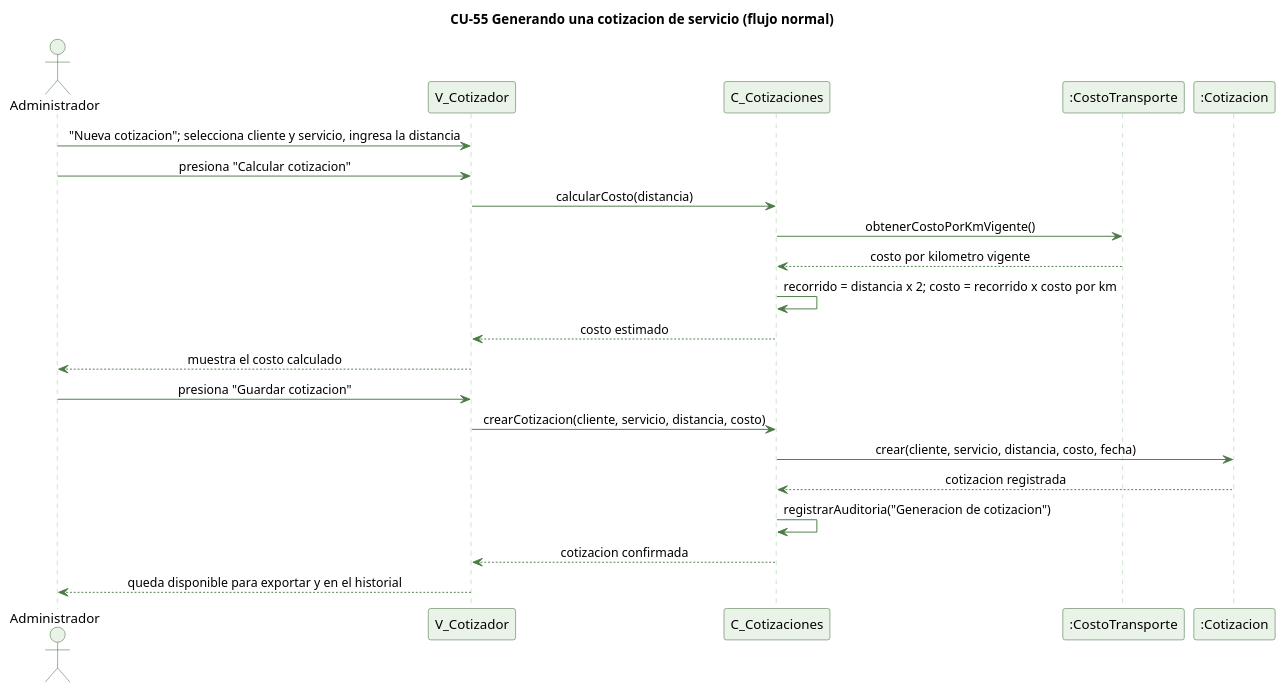
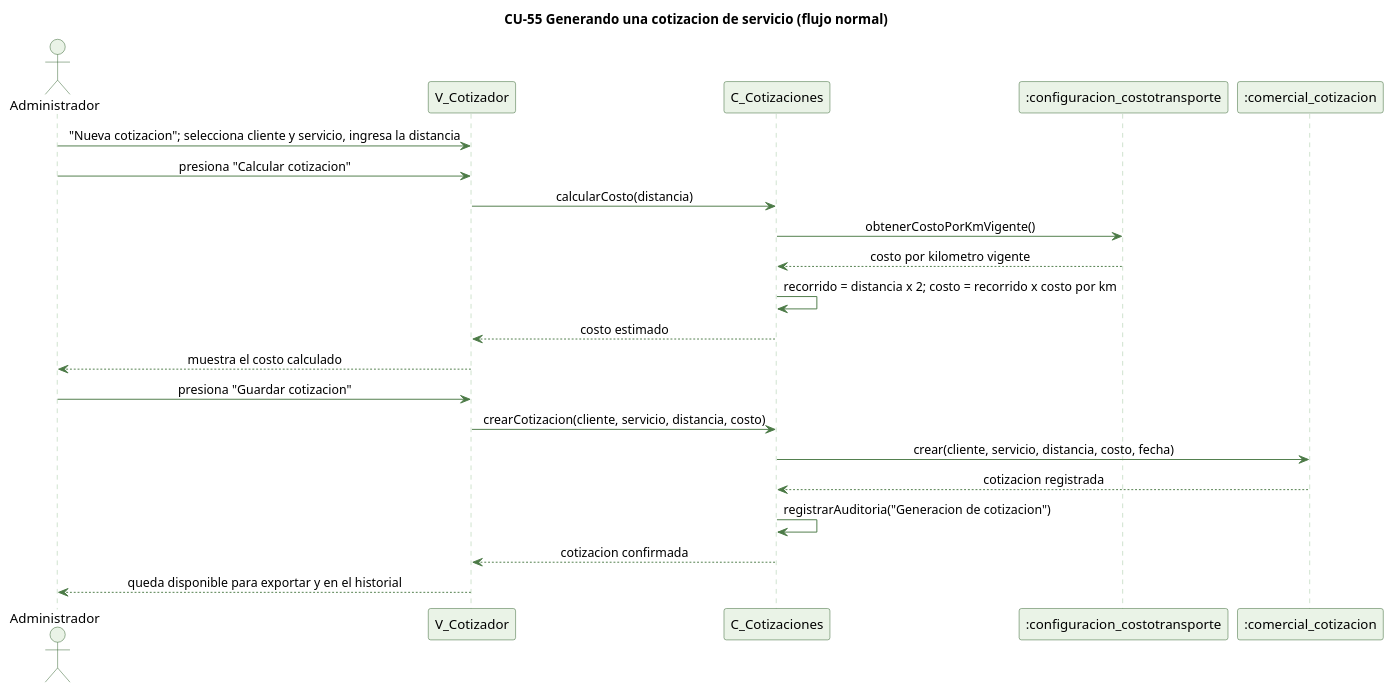
The diagram in docs/trabajo-grupal/diagramas/secuencias/cu55-cotizacion-normal.puml (kenjikaese/Triverde), drawn with PlantUML before and after one commit. The commit also changed 83 other files, not shown here.

First line of the commit message:
docs(secuencias): diagramas CU-65 a CU-68 y tablas reales en el Modulo 8

```diff
--- a/docs/trabajo-grupal/diagramas/secuencias/cu55-cotizacion-normal.puml
+++ b/docs/trabajo-grupal/diagramas/secuencias/cu55-cotizacion-normal.puml
@@ -1,38 +1,38 @@
 @startuml cu55-cotizacion-normal
 ' CU-55 Generando una cotizacion de servicio - flujo normal
 skinparam backgroundColor #FFFFFF
 skinparam shadowing false
 skinparam defaultFontName Helvetica
 skinparam sequenceMessageAlign center
 skinparam ParticipantBackgroundColor #EAF3E7
 skinparam ParticipantBorderColor #2E5E2A
 skinparam ActorBackgroundColor #EAF3E7
 skinparam ActorBorderColor #2E5E2A
 skinparam sequenceLifeLineBorderColor #9CC49A
 skinparam ArrowColor #4B7A46
 
 title CU-55 Generando una cotizacion de servicio (flujo normal)
 
 actor Administrador
 participant "V_Cotizador" as V
 participant "C_Cotizaciones" as C
-participant ":CostoTransporte" as CT
-participant ":Cotizacion" as COT
+participant ":configuracion_costotransporte" as CT
+participant ":comercial_cotizacion" as COT
 
 Administrador -> V : "Nueva cotizacion"; selecciona cliente y servicio, ingresa la distancia
 Administrador -> V : presiona "Calcular cotizacion"
 V -> C : calcularCosto(distancia)
 C -> CT : obtenerCostoPorKmVigente()
 CT --> C : costo por kilometro vigente
 C -> C : recorrido = distancia x 2; costo = recorrido x costo por km
 C --> V : costo estimado
 V --> Administrador : muestra el costo calculado
 Administrador -> V : presiona "Guardar cotizacion"
 V -> C : crearCotizacion(cliente, servicio, distancia, costo)
 C -> COT : crear(cliente, servicio, distancia, costo, fecha)
 COT --> C : cotizacion registrada
 C -> C : registrarAuditoria("Generacion de cotizacion")
 C --> V : cotizacion confirmada
 V --> Administrador : queda disponible para exportar y en el historial
 
 @enduml
```
